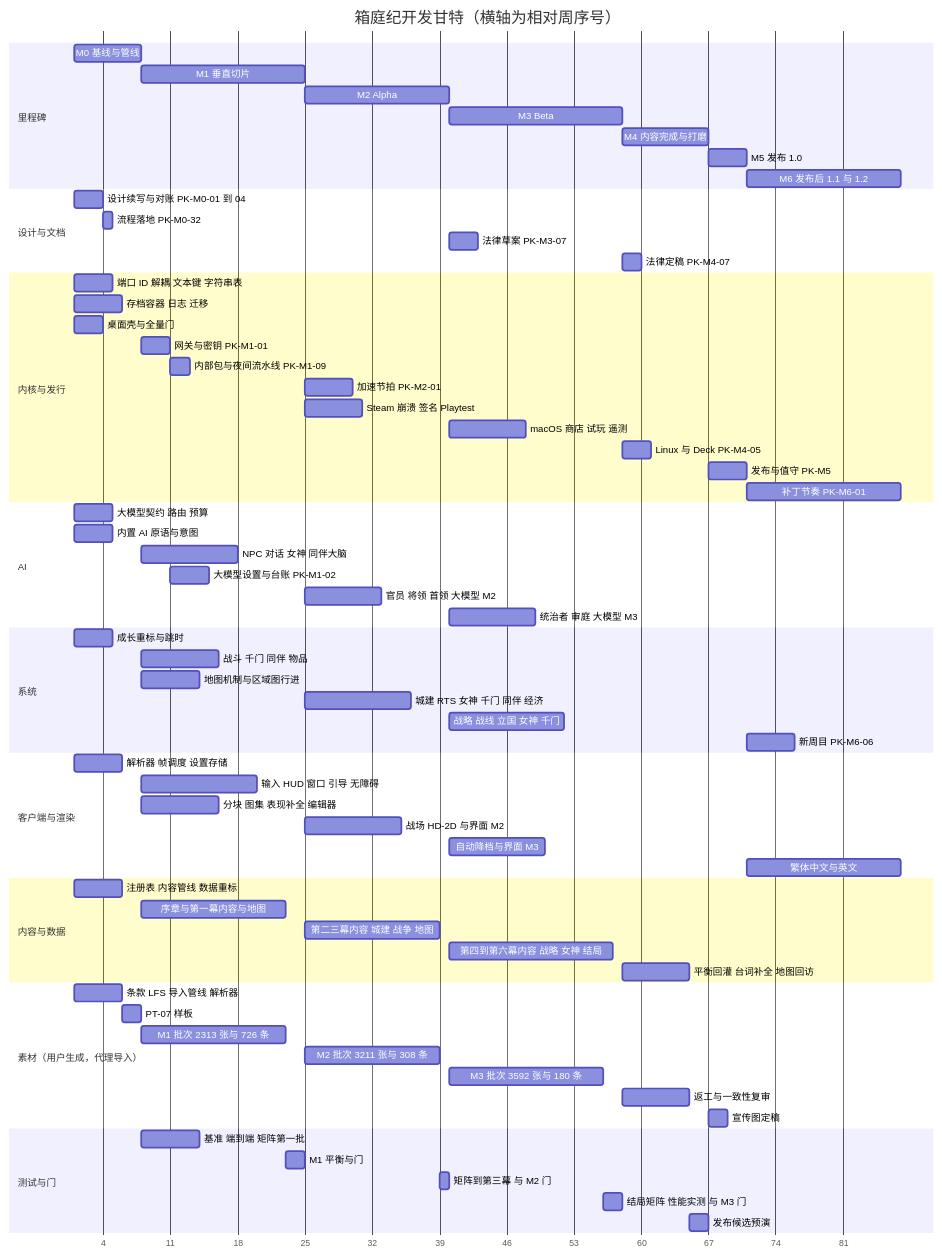
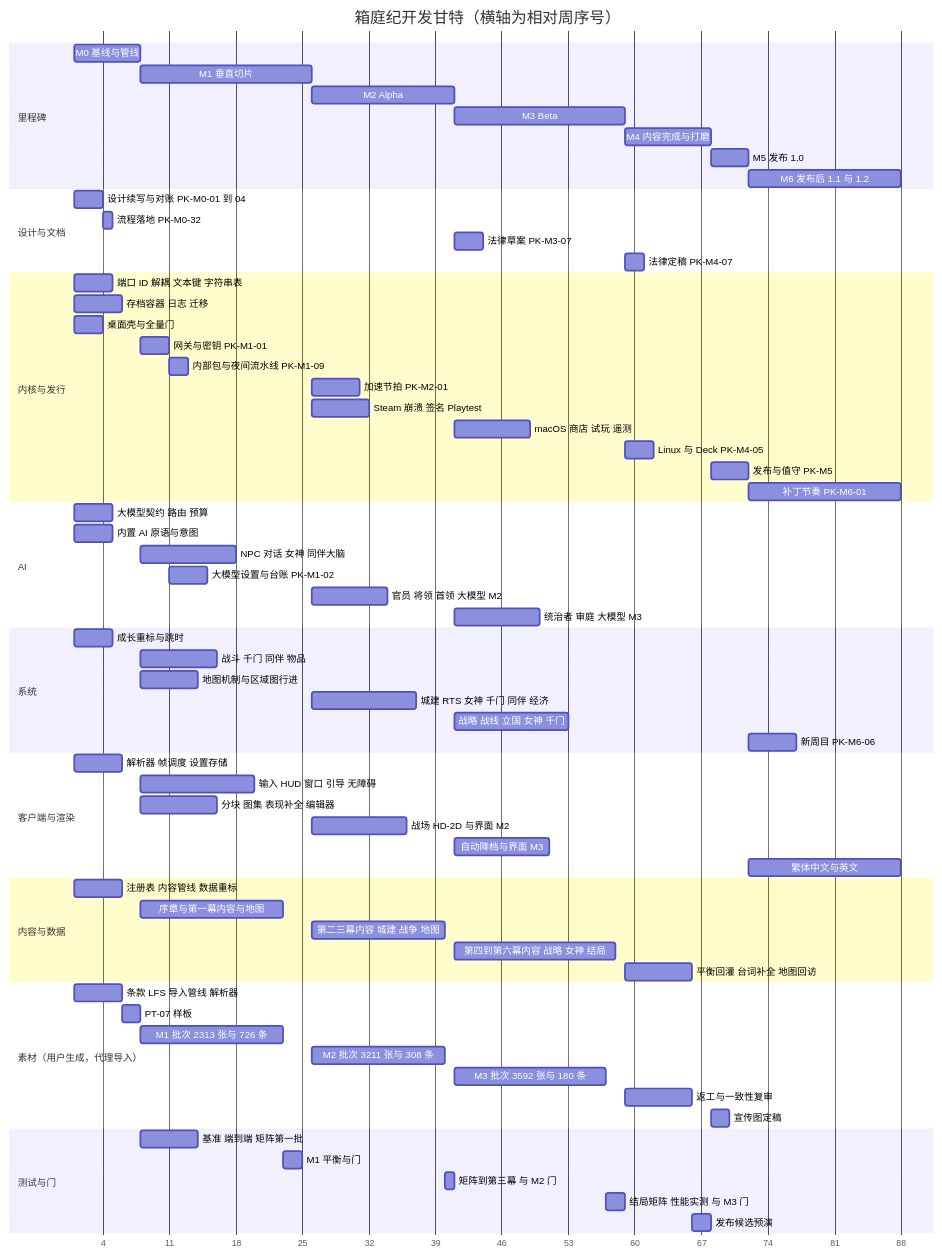
Before and after one commit to angelash/world-of-claudecraft: the diagram in hakoniwa/docs/60_production/development_plan.md, drawn with Mermaid. The commit also changed other lines of this file and 6 other files, not shown here.

````diff
--- a/hakoniwa/docs/60_production/development_plan.md
+++ b/hakoniwa/docs/60_production/development_plan.md
@@ -508,72 +527,72 @@
 ```mermaid
 gantt
   title 箱庭纪开发甘特（横轴为相对周序号）
   dateFormat X
   axisFormat %-j
   section 里程碑
   M0 基线与管线 :m0, 43200, 7d
-  M1 垂直切片 :m1, after m0, 17d
+  M1 垂直切片 :m1, after m0, 18d
   M2 Alpha :m2, after m1, 15d
   M3 Beta :m3, after m2, 18d
   M4 内容完成与打磨 :m4, after m3, 9d
   M5 发布 1.0 :m5, after m4, 4d
   M6 发布后 1.1 与 1.2 :m6, after m5, 16d
   section 设计与文档
   设计续写与对账 PK-M0-01 到 04 :d1, 43200, 3d
   流程落地 PK-M0-32 :d2, after d1, 1d
   法律草案 PK-M3-07 :d3, after m2, 3d
   法律定稿 PK-M4-07 :d4, after m3, 2d
   section 内核与发行
   端口 ID 解耦 文本键 字符串表 :k1, 43200, 4d
   存档容器 日志 迁移 :k2, 648000, 5d
   桌面壳与全量门 :k3, 43200, 3d
   网关与密钥 PK-M1-01 :k4, after m0, 3d
   内部包与夜间流水线 PK-M1-09 :k5, after k4, 2d
   加速节拍 PK-M2-01 :k6, after m1, 5d
   Steam 崩溃 签名 Playtest :k7, after m1, 6d
   macOS 商店 试玩 遥测 :k8, after m2, 8d
   Linux 与 Deck PK-M4-05 :k9, after m3, 3d
   发布与值守 PK-M5 :k10, after m4, 4d
   补丁节奏 PK-M6-01 :k11, after m5, 16d
   section AI
   大模型契约 路由 预算 :a1, 43200, 4d
   内置 AI 原语与意图 :a2, 1252800, 4d
   NPC 对话 女神 同伴大脑 :a3, after m0, 10d
   大模型设置与台账 PK-M1-02 :a4, after k4, 4d
   官员 将领 首领 大模型 M2 :a5, after m1, 8d
   统治者 审庭 大模型 M3 :a6, after m2, 9d
   section 系统
   成长重标与跳时 :s1, 1857600, 4d
   战斗 千门 同伴 物品 :s2, after m0, 8d
   地图机制与区域图行进 :s3, after m0, 6d
   城建 RTS 女神 千门 同伴 经济 :s4, after m1, 11d
   战略 战线 立国 女神 千门 :s5, after m2, 12d
   新周目 PK-M6-06 :s6, after m5, 5d
   section 客户端与渲染
   解析器 帧调度 设置存储 :c1, 648000, 5d
   输入 HUD 窗口 引导 无障碍 :c2, after m0, 12d
   分块 图集 表现补全 编辑器 :c3, after m0, 8d
   战场 HD-2D 与界面 M2 :c4, after m1, 10d
   自动降档与界面 M3 :c5, after m2, 10d
   繁体中文与英文 :c6, after m5, 16d
   section 内容与数据
   注册表 内容管线 数据重标 :t1, 43200, 5d
   序章与第一幕内容与地图 :t2, after m0, 15d
   第二三幕内容 城建 战争 地图 :t3, after m1, 14d
   第四到第六幕内容 战略 女神 结局 :t4, after m2, 17d
   平衡回灌 台词补全 地图回访 :t5, after m3, 7d
   section 素材（用户生成，代理导入）
   条款 LFS 导入管线 解析器 :r1, 43200, 5d
   PT-07 样板 :r2, after r1, 2d
   M1 批次 2313 张与 726 条 :r3, after m0, 15d
   M2 批次 3211 张与 308 条 :r4, after m1, 14d
   M3 批次 3592 张与 180 条 :r5, after m2, 16d
   返工与一致性复审 :r6, after m3, 7d
   宣传图定稿 :r7, after m4, 2d
   section 测试与门
   基准 端到端 矩阵第一批 :q1, after m0, 6d
   M1 平衡与门 :q2, after r3, 2d
   矩阵到第三幕 与 M2 门 :q3, after r4, 1d
   结局矩阵 性能实测 与 M3 门 :q4, after r5, 2d
   发布候选预演 :q5, after t5, 2d
 ```
````
